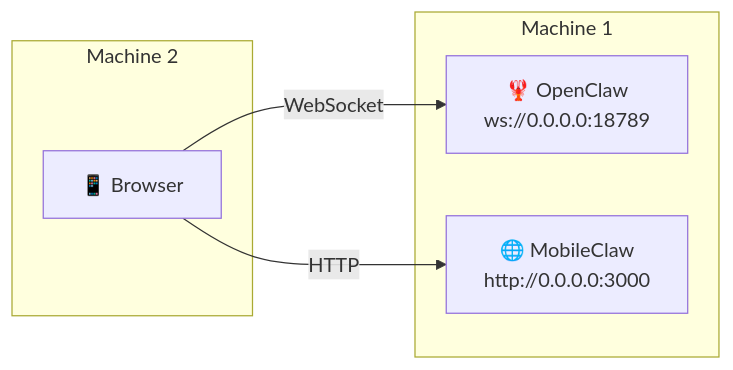
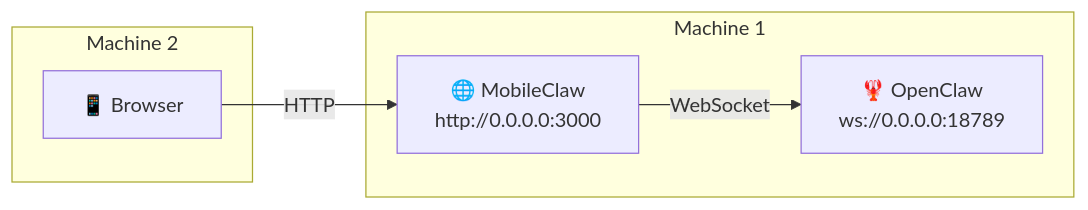
One commit to wende/mobileclaw changed the second of 4 diagrams in SETUP_SKILL.md. Above: the diagram before and after it, drawn with Mermaid. The commit also changed other lines of this file, not shown here.

Commit message:
Fix mermaid diagrams: use <br/> for line breaks, Browser→MobileClaw→OpenClaw

````diff
--- a/SETUP_SKILL.md
+++ b/SETUP_SKILL.md
@@ -61,12 +61,12 @@
 ```mermaid
 graph LR
     subgraph Machine 1
-        OC[🦞 OpenClaw\nws://0.0.0.0:18789]
-        MC[🌐 MobileClaw\nhttp://0.0.0.0:3000]
+        OC["🦞 OpenClaw<br/>ws://0.0.0.0:18789"]
+        MC["🌐 MobileClaw<br/>http://0.0.0.0:3000"]
     end
     subgraph Machine 2
-        B[📱 Browser]
+        B["📱 Browser"]
     end
     B -- HTTP --> MC
-    B -- WebSocket --> OC
+    MC -- WebSocket --> OC
 ```
````
